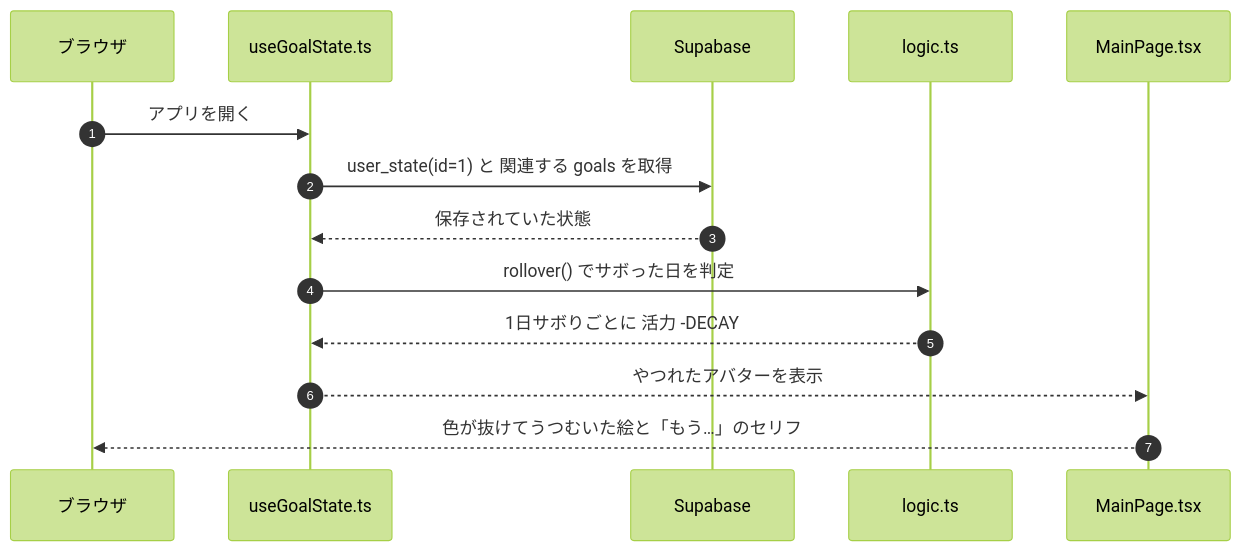
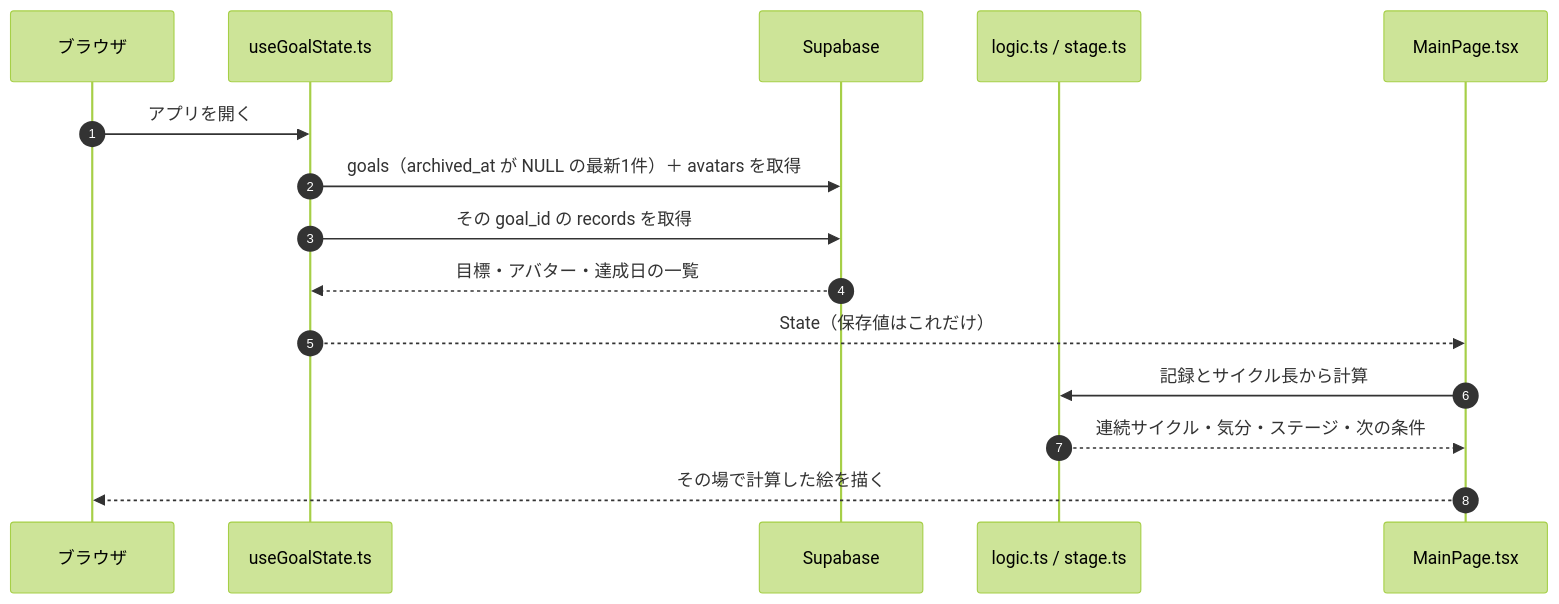
Before and after one commit to kuramochi703/keep-motivation-app: the fifth of 6 diagrams in ARCHITECTURE.md, drawn with Mermaid (forest theme). The commit also changed other lines of this file and 10 other files, not shown here.

````diff
--- a/ARCHITECTURE.md
+++ b/ARCHITECTURE.md
@@ -228,17 +230,18 @@
 ```mermaid
 sequenceDiagram
     autonumber
     participant B as ブラウザ
     participant G as useGoalState.ts
     participant S as Supabase
-    participant L as logic.ts
+    participant L as logic.ts / stage.ts
     participant M as MainPage.tsx
 
     B->>G: アプリを開く
-    G->>S: user_state(id=1) と 関連する goals を取得
-    S-->>G: 保存されていた状態
-    G->>L: rollover() でサボった日を判定
-    L-->>G: 1日サボりごとに 活力 -DECAY
-    G-->>M: やつれたアバターを表示
-    M-->>B: 色が抜けてうつむいた絵と「もう…」のセリフ
+    G->>S: goals（archived_at が NULL の最新1件）＋ avatars を取得
+    G->>S: その goal_id の records を取得
+    S-->>G: 目標・アバター・達成日の一覧
+    G-->>M: State（保存値はこれだけ）
+    M->>L: 記録とサイクル長から計算
+    L-->>M: 連続サイクル・気分・ステージ・次の条件
+    M-->>B: その場で計算した絵を描く
 ```
````
